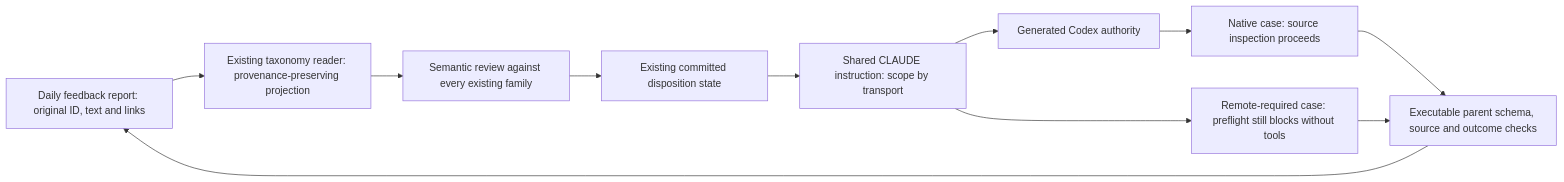
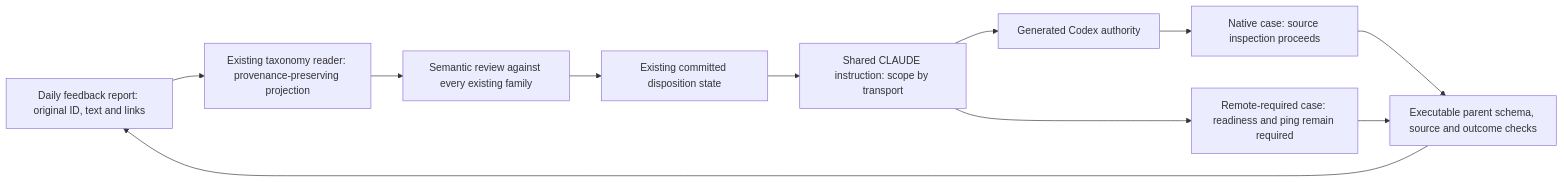
One commit to BrianMills2718/agentic-engineering-system-canonical changed the diagram in proposals/aes-feedback-prevention/SYSTEM_MODEL.md. Above: the diagram before and after it, drawn with Mermaid. The commit also changed other lines of this file and 13 other files, not shown here.

````diff
--- a/proposals/aes-feedback-prevention/SYSTEM_MODEL.md
+++ b/proposals/aes-feedback-prevention/SYSTEM_MODEL.md
@@ -5,13 +5,13 @@
 ```mermaid
 flowchart LR
   report[Daily feedback report: original ID, text and links] --> entry[Existing taxonomy reader: provenance-preserving projection]
   entry --> review[Semantic review against every existing family]
   review --> state[Existing committed disposition state]
   state --> fix[Shared CLAUDE instruction: scope by transport]
   fix --> projection[Generated Codex authority]
   projection --> native[Native case: source inspection proceeds]
-  fix --> remote[Remote-required case: preflight still blocks without tools]
+  fix --> remote[Remote-required case: readiness and ping remain required]
   native --> check[Executable parent schema, source and outcome checks]
   remote --> check
   check --> report
 ```
````
